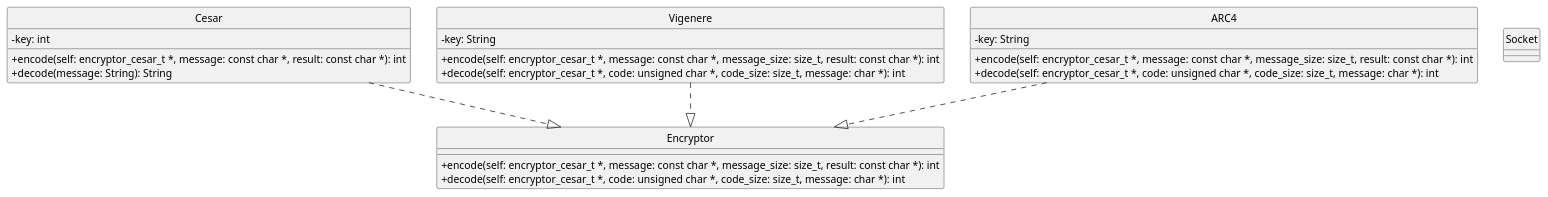
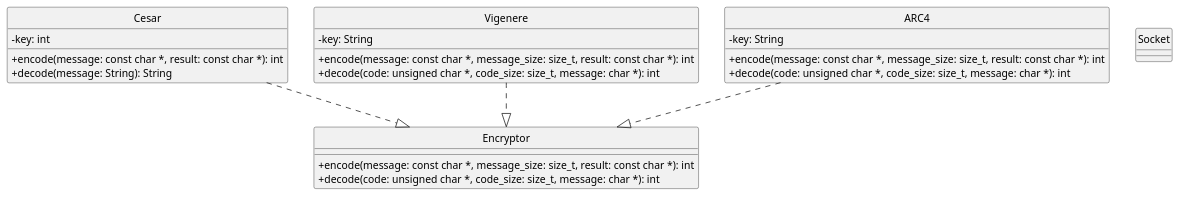
Before and after one commit to Alex1161/tp1: the diagram in modelo.puml, drawn with PlantUML. The commit also changed 7 other files, not shown here.

```diff
--- a/modelo.puml
+++ b/modelo.puml
@@ -1,37 +1,37 @@
 @startuml tp
 hide circles
 skinparam ClassAttributeIconSize 0
 hide interface fields
 
 Class Cesar{
     -key: int
-    +encode(self: encryptor_cesar_t *, message: const char *, result: const char *): int
+    +encode(message: const char *, result: const char *): int
     +decode(message: String): String
 }
 
 Class Vigenere{
     -key: String
-    +encode(self: encryptor_cesar_t *, message: const char *, message_size: size_t, result: const char *): int
-    +decode(self: encryptor_cesar_t *, code: unsigned char *, code_size: size_t, message: char *): int
+    +encode(message: const char *, message_size: size_t, result: const char *): int
+    +decode(code: unsigned char *, code_size: size_t, message: char *): int
 }
 
 Class ARC4{
     -key: String
-    +encode(self: encryptor_cesar_t *, message: const char *, message_size: size_t, result: const char *): int
-    +decode(self: encryptor_cesar_t *, code: unsigned char *, code_size: size_t, message: char *): int
+    +encode(message: const char *, message_size: size_t, result: const char *): int
+    +decode(code: unsigned char *, code_size: size_t, message: char *): int
 }
 
 Class Encryptor{
-    +encode(self: encryptor_cesar_t *, message: const char *, message_size: size_t, result: const char *): int
-    +decode(self: encryptor_cesar_t *, code: unsigned char *, code_size: size_t, message: char *): int
+    +encode(message: const char *, message_size: size_t, result: const char *): int
+    +decode(code: unsigned char *, code_size: size_t, message: char *): int
 }
 
 Class Socket{
     
 }
 
 Cesar ..|> Encryptor
 Vigenere ..|> Encryptor
 ARC4 ..|> Encryptor
 
 @enduml
```
